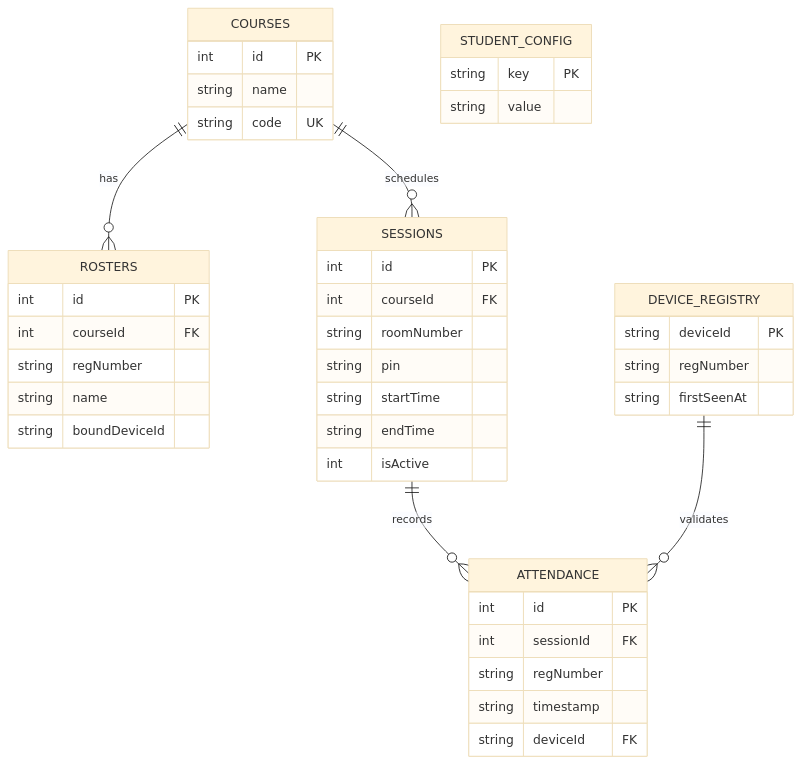
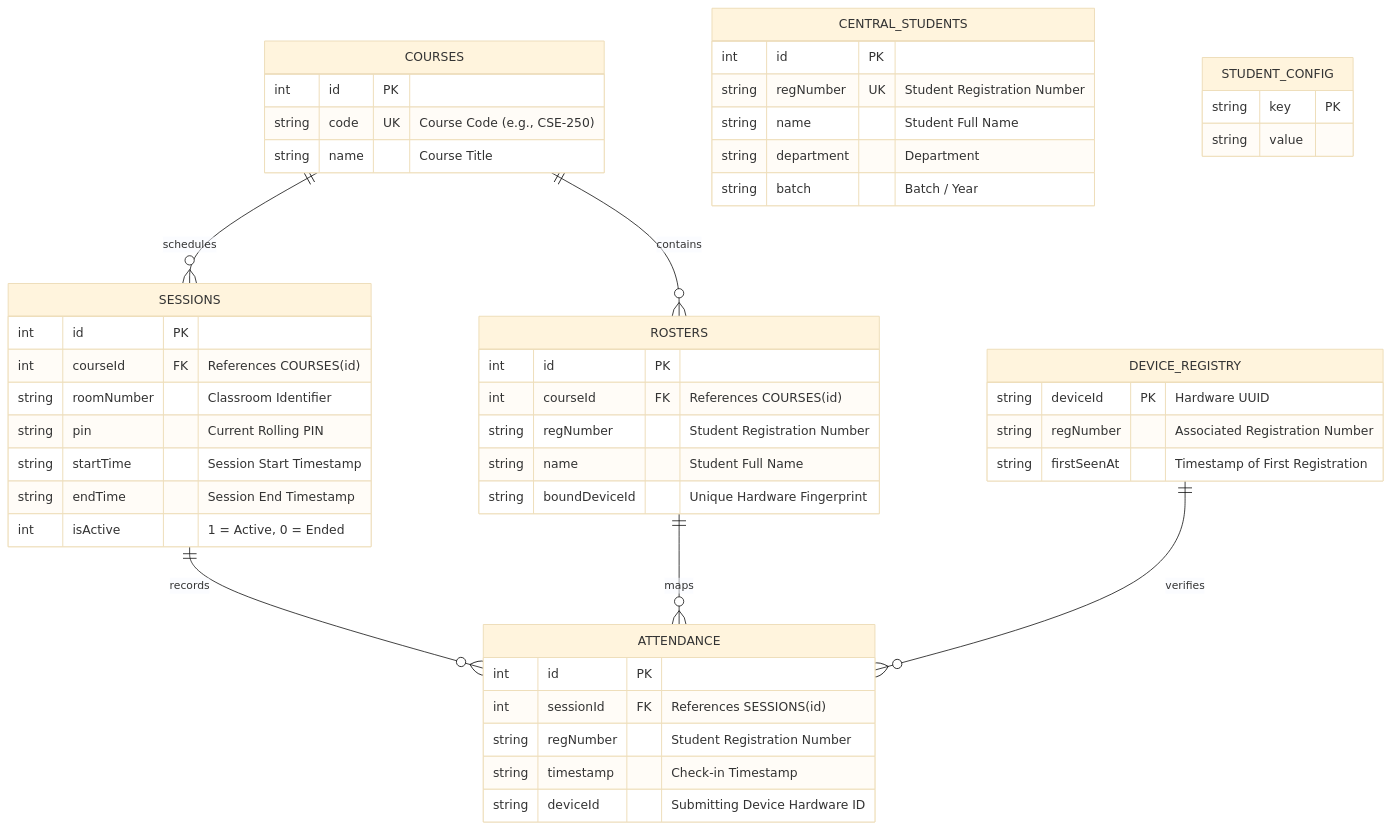
Before and after one commit to borno18/Android-Project: the third of 3 diagrams in README.md, drawn with Mermaid (base theme). The commit also changed other lines of this file and 25 other files, not shown here.

Commit message:
Implement full offline proximity attendance system with OCR, Excel/CSV import, anti-proxy engine, reports, and comprehensive README

````diff
--- a/README.md
+++ b/README.md
@@ -124,50 +182,59 @@
 ```mermaid
 erDiagram
-    COURSES ||--o{ ROSTERS : has
+    COURSES ||--o{ ROSTERS : contains
     COURSES ||--o{ SESSIONS : schedules
     SESSIONS ||--o{ ATTENDANCE : records
-    DEVICE_REGISTRY ||--o{ ATTENDANCE : validates
+    ROSTERS ||--o{ ATTENDANCE : maps
+    DEVICE_REGISTRY ||--o{ ATTENDANCE : verifies
 
     COURSES {
         int id PK
-        string name
-        string code UK
+        string code UK "Course Code (e.g., CSE-250)"
+        string name "Course Title"
+    }
+
+    CENTRAL_STUDENTS {
+        int id PK
+        string regNumber UK "Student Registration Number"
+        string name "Student Full Name"
+        string department "Department"
+        string batch "Batch / Year"
     }
 
     ROSTERS {
         int id PK
-        int courseId FK
-        string regNumber
-        string name
-        string boundDeviceId
+        int courseId FK "References COURSES(id)"
+        string regNumber "Student Registration Number"
+        string name "Student Full Name"
+        string boundDeviceId "Unique Hardware Fingerprint"
     }
 
     SESSIONS {
         int id PK
-        int courseId FK
-        string roomNumber
-        string pin
-        string startTime
-        string endTime
-        int isActive
+        int courseId FK "References COURSES(id)"
+        string roomNumber "Classroom Identifier"
+        string pin "Current Rolling PIN"
+        string startTime "Session Start Timestamp"
+        string endTime "Session End Timestamp"
+        int isActive "1 = Active, 0 = Ended"
     }
 
     ATTENDANCE {
         int id PK
-        int sessionId FK
-        string regNumber
-        string timestamp
-        string deviceId FK
+        int sessionId FK "References SESSIONS(id)"
+        string regNumber "Student Registration Number"
+        string timestamp "Check-in Timestamp"
+        string deviceId "Submitting Device Hardware ID"
     }
 
     DEVICE_REGISTRY {
-        string deviceId PK
-        string regNumber
-        string firstSeenAt
+        string deviceId PK "Hardware UUID"
+        string regNumber "Associated Registration Number"
+        string firstSeenAt "Timestamp of First Registration"
     }
 
     STUDENT_CONFIG {
         string key PK
         string value
     }
 ```
````
